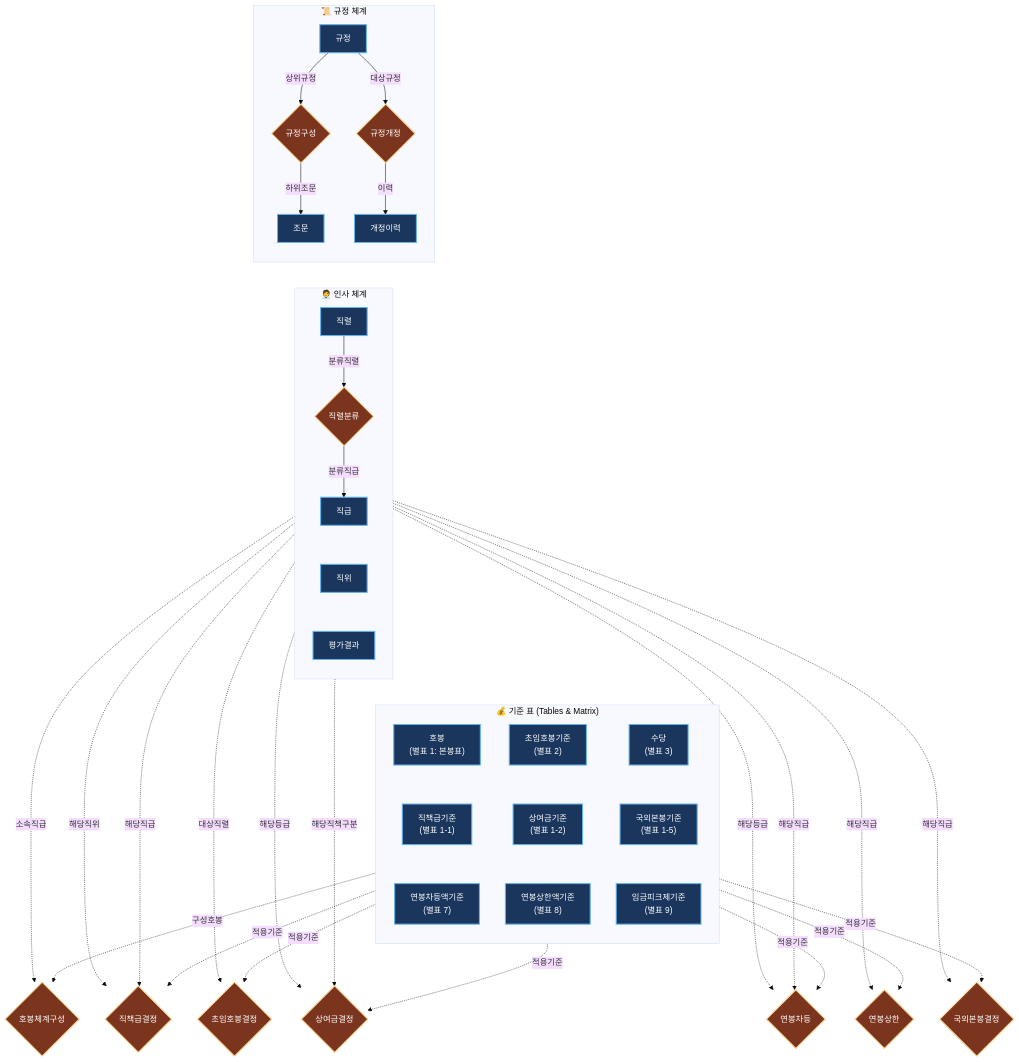
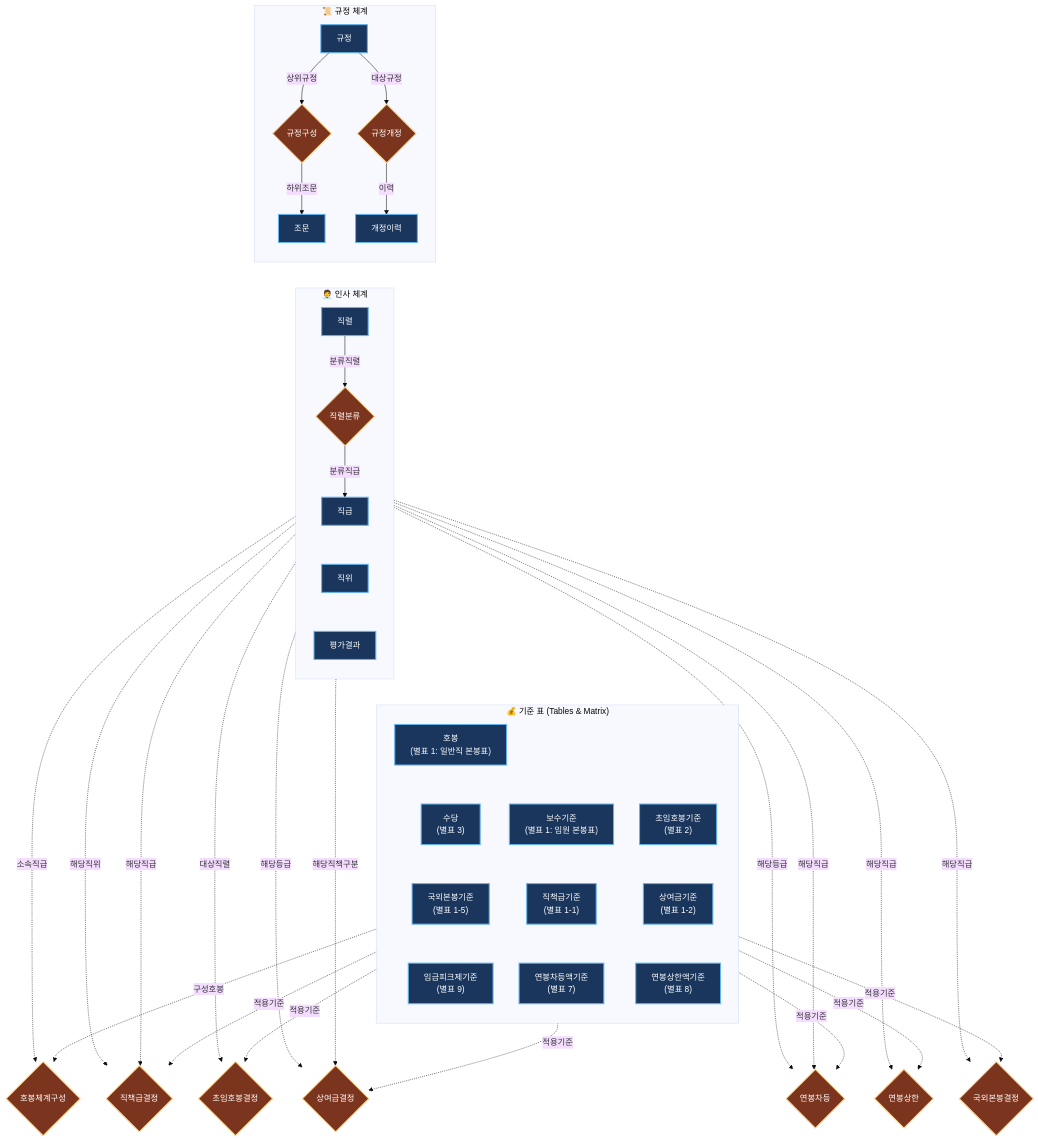
Before and after one commit to shezgone/bok-compensation-regulations: the diagram in docs/schema_diagram.md, drawn with Mermaid (base theme).

Commit message:
docs: add missing 보수기준 entity to diagram

```diff
--- a/docs/schema_diagram.md
+++ b/docs/schema_diagram.md
@@ -43,22 +43,24 @@
     %% --------------------------------
     subgraph 보수_체계["💰 기준 표 (Tables & Matrix)"]
         direction TB
-        PayStep["호봉\n(별표 1: 본봉표)"]:::entity
+        PayStep["호봉\n(별표 1: 일반직 본봉표)"]:::entity
+        BasePay["보수기준\n(별표 1: 임원 본봉표)"]:::entity
         InitStepStd["초임호봉기준\n(별표 2)"]:::entity
+        
         Allowance["수당\n(별표 3)"]:::entity
-        
         PosPayStd["직책급기준\n(별표 1-1)"]:::entity
         BonusStd["상여금기준\n(별표 1-2)"]:::entity
+        
         OverseasStd["국외본봉기준\n(별표 1-5)"]:::entity
-        
         SalDiffStd["연봉차등액기준\n(별표 7)"]:::entity
         SalCapStd["연봉상한액기준\n(별표 8)"]:::entity
+        
         WagePeakStd["임금피크제기준\n(별표 9)"]:::entity
 
         %% 가로로 너무 퍼지지 않게 세로 정렬 유도
-        PayStep ~~~ PosPayStd ~~~ SalDiffStd
+        PayStep ~~~ Allowance ~~~ OverseasStd ~~~ WagePeakStd
+        BasePay ~~~ PosPayStd ~~~ SalDiffStd
         InitStepStd ~~~ BonusStd ~~~ SalCapStd
-        Allowance ~~~ OverseasStd ~~~ WagePeakStd
     end
 
     %% 서브그래프 간의 수직적 흐름 유도 (보이지 않는 선)
```
